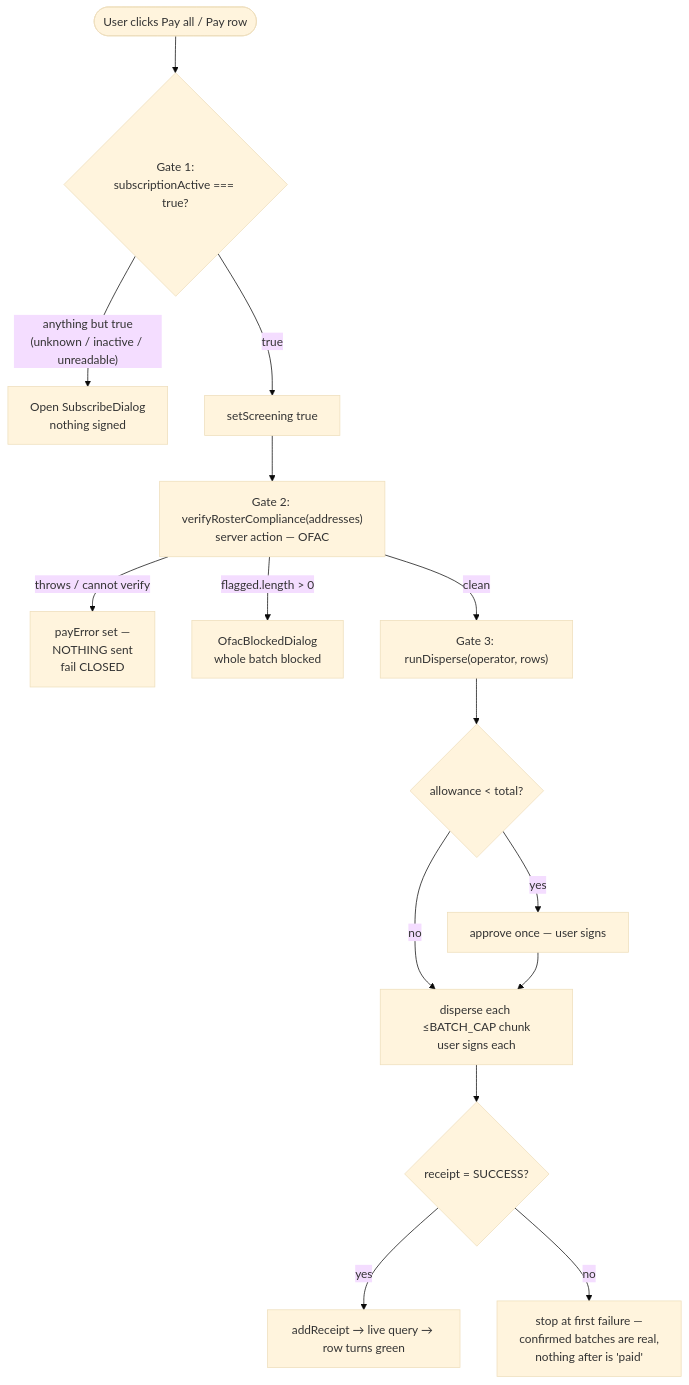
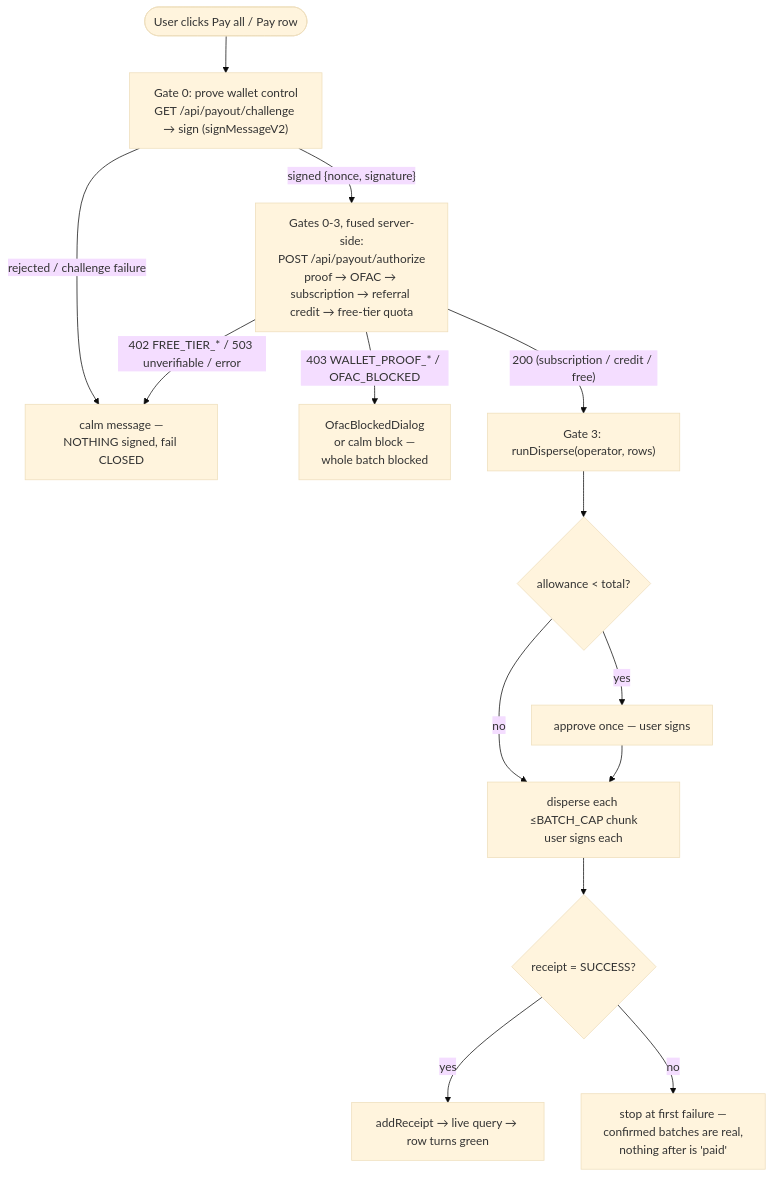
The first of 2 diagrams in docs/03-data-flow.md (cristianrisueo/purserpay), drawn with Mermaid (base theme) before and after one commit. The commit also changed other lines of this file and 42 other files, not shown here.

First line of the commit message:
feat: add payout challenges for wallet-control verification

````diff
--- a/docs/03-data-flow.md
+++ b/docs/03-data-flow.md
@@ -62,19 +62,17 @@
 ```mermaid
 flowchart TD
-    Start([User clicks Pay all / Pay row]) --> G1{Gate 1:<br/>subscriptionActive === true?}
-    G1 -->|"anything but true<br/>(unknown / inactive / unreadable)"| Paywall[Open SubscribeDialog<br/>nothing signed] 
-    G1 -->|true| G2Start[setScreening true]
-
-    G2Start --> G2["Gate 2: verifyRosterCompliance(addresses)<br/>server action — OFAC"]
-    G2 -->|throws / cannot verify| FailClosed[payError set —<br/>NOTHING sent<br/>fail CLOSED]
-    G2 -->|"flagged.length > 0"| Block[OfacBlockedDialog<br/>whole batch blocked]
-    G2 -->|clean| G3
+    Start([User clicks Pay all / Pay row]) --> Prove["Gate 0: prove wallet control<br/>GET /api/payout/challenge → sign (signMessageV2)"]
+    Prove -->|"rejected / challenge failure"| FailClosed[calm message —<br/>NOTHING signed, fail CLOSED]
+    Prove -->|"signed {nonce, signature}"| Authz["Gates 0-3, fused server-side:<br/>POST /api/payout/authorize<br/>proof → OFAC → subscription → referral credit → free-tier quota"]
+    Authz -->|"403 WALLET_PROOF_* / OFAC_BLOCKED"| Block[OfacBlockedDialog<br/>or calm block —<br/>whole batch blocked]
+    Authz -->|"402 FREE_TIER_* / 503 unverifiable / error"| FailClosed
+    Authz -->|"200 (subscription / credit / free)"| G3
 
     G3["Gate 3: runDisperse(operator, rows)"] --> Approve{allowance < total?}
     Approve -->|yes| DoApprove[approve once — user signs]
     Approve -->|no| Batch
     DoApprove --> Batch[disperse each ≤BATCH_CAP chunk<br/>user signs each]
     Batch --> Confirm{receipt = SUCCESS?}
     Confirm -->|yes| Receipt[addReceipt → live query → row turns green]
     Confirm -->|no| Stop[stop at first failure —<br/>confirmed batches are real,<br/>nothing after is 'paid']
 ```
````
